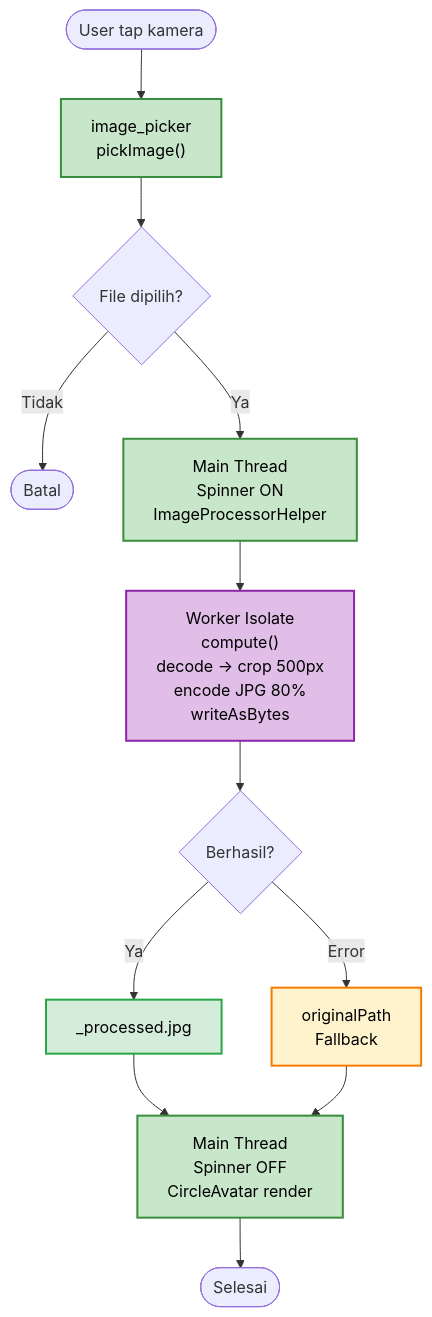
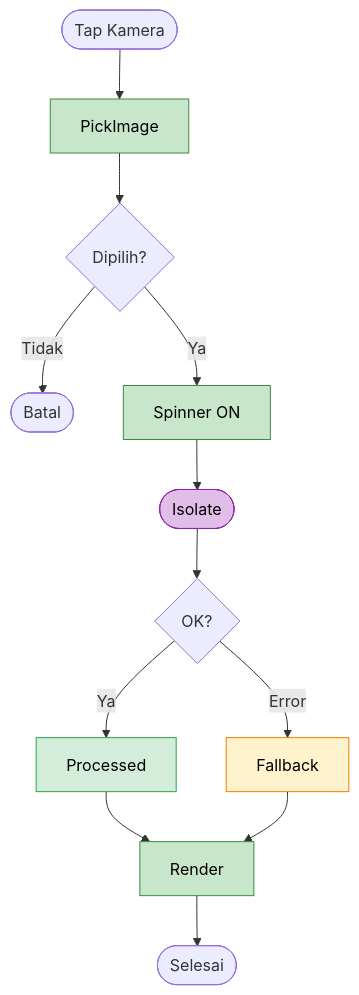
Before and after one commit to nunutech40/news-app-flutter: the fourth of 4 diagrams in docs/features/update_profile.md, drawn with Mermaid. The commit also changed other lines of this file, not shown here.

Commit message:
fix: use single-word node labels in flowchart + move tech details to legend table

````diff
--- a/docs/features/update_profile.md
+++ b/docs/features/update_profile.md
@@ -139,30 +139,24 @@
 ```mermaid
 flowchart TD
-    A([User tap kamera]) --> B["image_picker<br/>pickImage()"]
-    B --> C{File dipilih?}
+    A([Tap Kamera]) --> B[PickImage]
+    B --> C{Dipilih?}
     C -- Tidak --> Z([Batal])
-    C -- Ya --> D
+    C -- Ya --> D[Spinner ON]
+    D --> E([Isolate])
+    E --> F{OK?}
+    F -- Ya --> G[Processed]
+    F -- Error --> H[Fallback]
+    G --> I[Render]
+    H --> I
+    I --> Z2([Selesai])
 
-    D["Main Thread<br/>Spinner ON<br/>ImageProcessorHelper"] --> E
-
-    E["Worker Isolate<br/>compute()<br/>decode → crop 500px<br/>encode JPG 80%<br/>writeAsBytes"] --> F
-
-    F{Berhasil?}
-    F -- Ya --> G["_processed.jpg"]
-    F -- Error --> H["originalPath<br/>Fallback"]
-
-    G --> I
-    H --> I
-
-    I["Main Thread<br/>Spinner OFF<br/>CircleAvatar render"] --> Z2([Selesai])
-
-    classDef ui fill:#c8e6c9,stroke:#388e3c,stroke-width:2px,color:#000
-    classDef isolate fill:#e1bee7,stroke:#8e24aa,stroke-width:2px,color:#000
-    classDef success fill:#d4edda,stroke:#28a745,stroke-width:2px,color:#000
-    classDef fallback fill:#fff3cd,stroke:#f57c00,stroke-width:2px,color:#000
+    classDef ui fill:#c8e6c9,stroke:#388e3c,color:#000
+    classDef isolate fill:#e1bee7,stroke:#8e24aa,color:#000
+    classDef success fill:#d4edda,stroke:#28a745,color:#000
+    classDef fallback fill:#fff3cd,stroke:#f57c00,color:#000
 
     class B,D,I ui
     class E isolate
     class G success
     class H fallback
 ```
````
